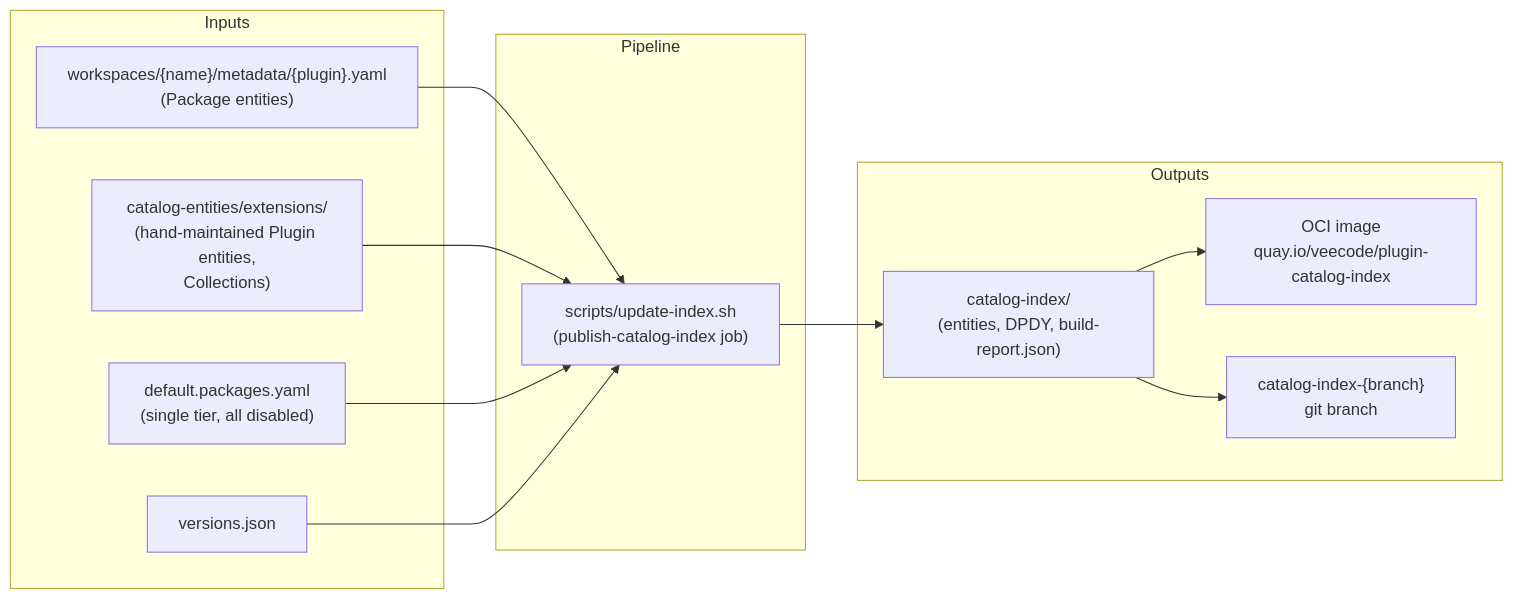
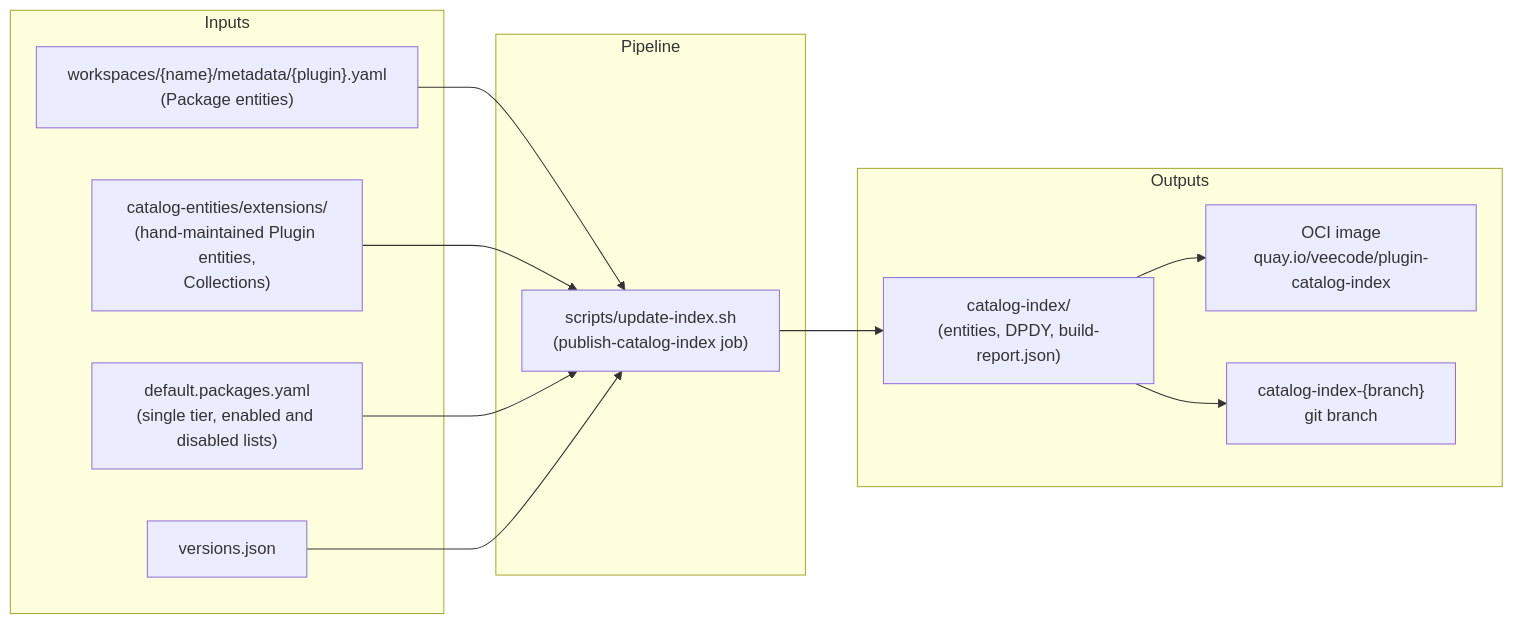
Before and after one commit to veecode-platform/devportal-plugin-export-overlays: the first of 2 diagrams in user-guide/07-plugin-catalog-index.md, drawn with Mermaid. The commit also changed other lines of this file, not shown here.

First line of the commit message:
docs(index): describe factory plugins enabled in the catalog index

````diff
--- a/user-guide/07-plugin-catalog-index.md
+++ b/user-guide/07-plugin-catalog-index.md
@@ -15,27 +15,27 @@
 ```mermaid
 flowchart LR
     subgraph Inputs
         META["workspaces/{name}/metadata/{plugin}.yaml<br/>(Package entities)"]
         CATS["catalog-entities/extensions/<br/>(hand-maintained Plugin entities,<br/>Collections)"]
-        PKGS["default.packages.yaml<br/>(single tier, all disabled)"]
+        PKGS["default.packages.yaml<br/>(single tier, enabled and disabled lists)"]
         VERS["versions.json"]
     end
 
     subgraph Pipeline
         GEN["scripts/update-index.sh<br/>(publish-catalog-index job)"]
     end
 
     subgraph Outputs
         IDX["catalog-index/<br/>(entities, DPDY, build-report.json)"]
         OCI["OCI image<br/>quay.io/veecode/plugin-catalog-index"]
         BRANCH["catalog-index-{branch}<br/>git branch"]
     end
 
     META --> GEN
     CATS --> GEN
     PKGS --> GEN
     VERS --> GEN
     GEN --> IDX
     IDX --> OCI
     IDX --> BRANCH
 ```
````
